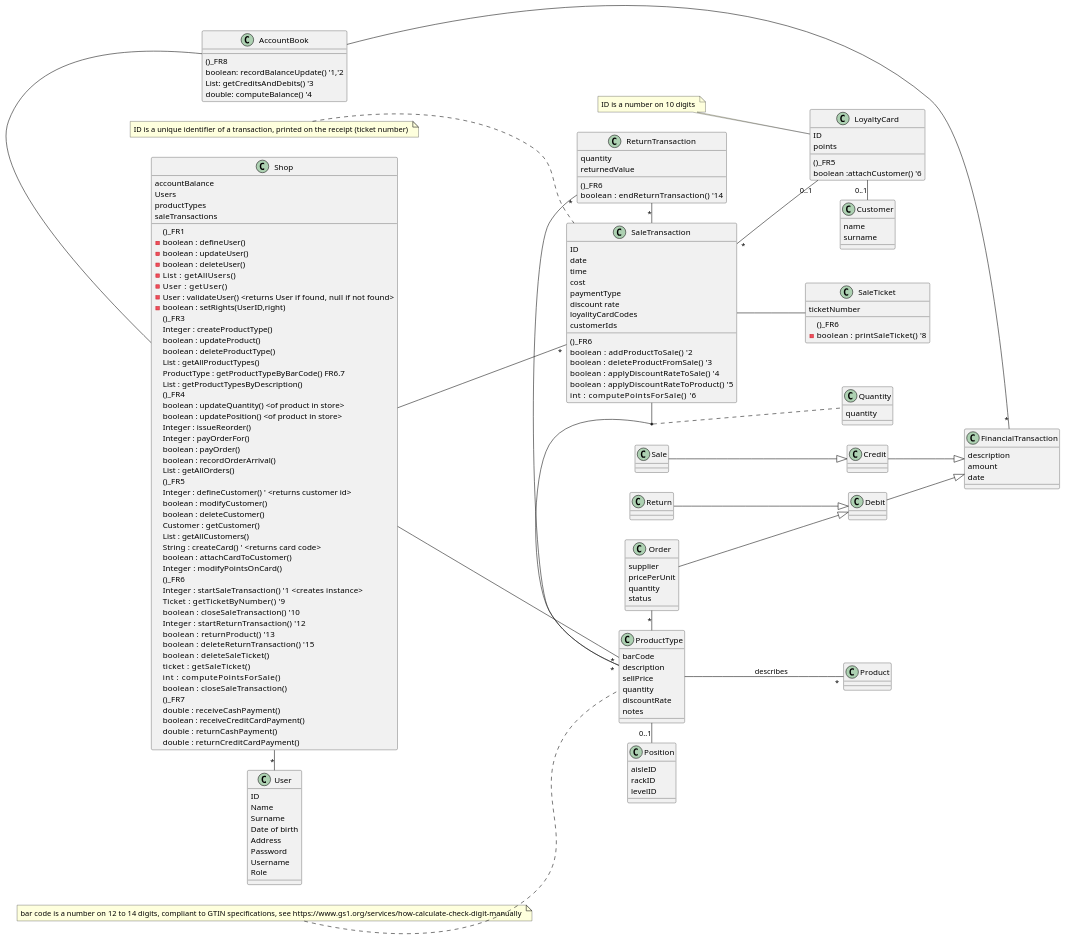
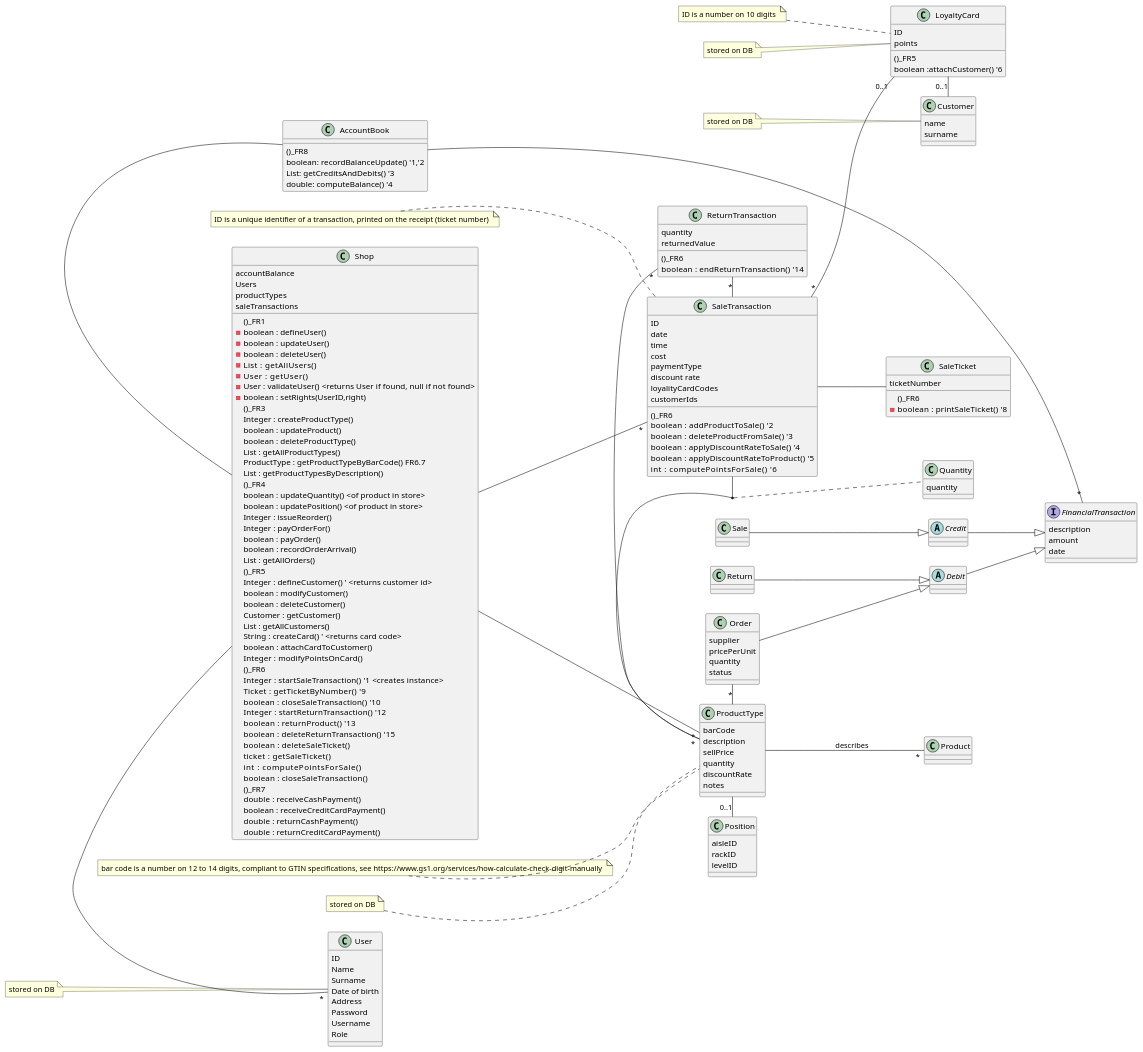
The second of 16 diagrams in Deliverables/DesignDocument.md (zitabou/EZShop), drawn with PlantUML before and after one commit. The commit also changed other lines of this file, not shown here.

Commit message:
package diagrams: added exceptions class diagram: made interfaces and abs classes, added storage on DB

````diff
--- a/Deliverables/DesignDocument.md
+++ b/Deliverables/DesignDocument.md
@@ -126,15 +127,15 @@
 }
 AccountBook - Shop
 
-class FinancialTransaction {
+interface FinancialTransaction {
     description
     amount
     date
 }
 AccountBook -- "*" FinancialTransaction
 
-class Credit 
-class Debit
+abstract class Credit 
+abstract class Debit
 
 Credit --|> FinancialTransaction
 Debit --|> FinancialTransaction
@@ -250,4 +251,15 @@
 note "ID is a unique identifier of a transaction,  printed on the receipt (ticket number) " as N3
 N3 .. SaleTransaction
 
+note "stored on DB" as S1
+S1 .. LoyaltyCard
+
+note "stored on DB" as S2
+S2 .. Customer
+
+note "stored on DB" as S3
+S3 .. ProductType
+
+note "stored on DB" as S4
+S4 .. User
 ```
````
